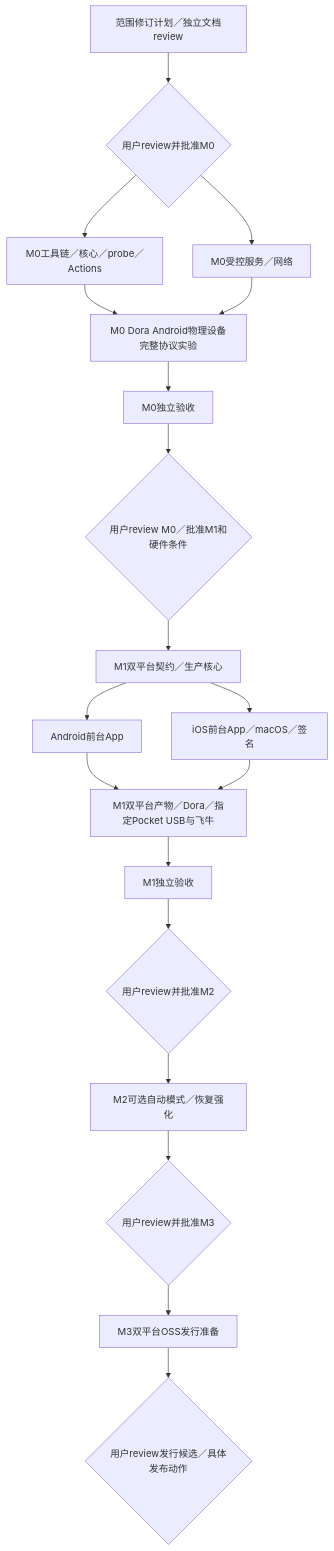
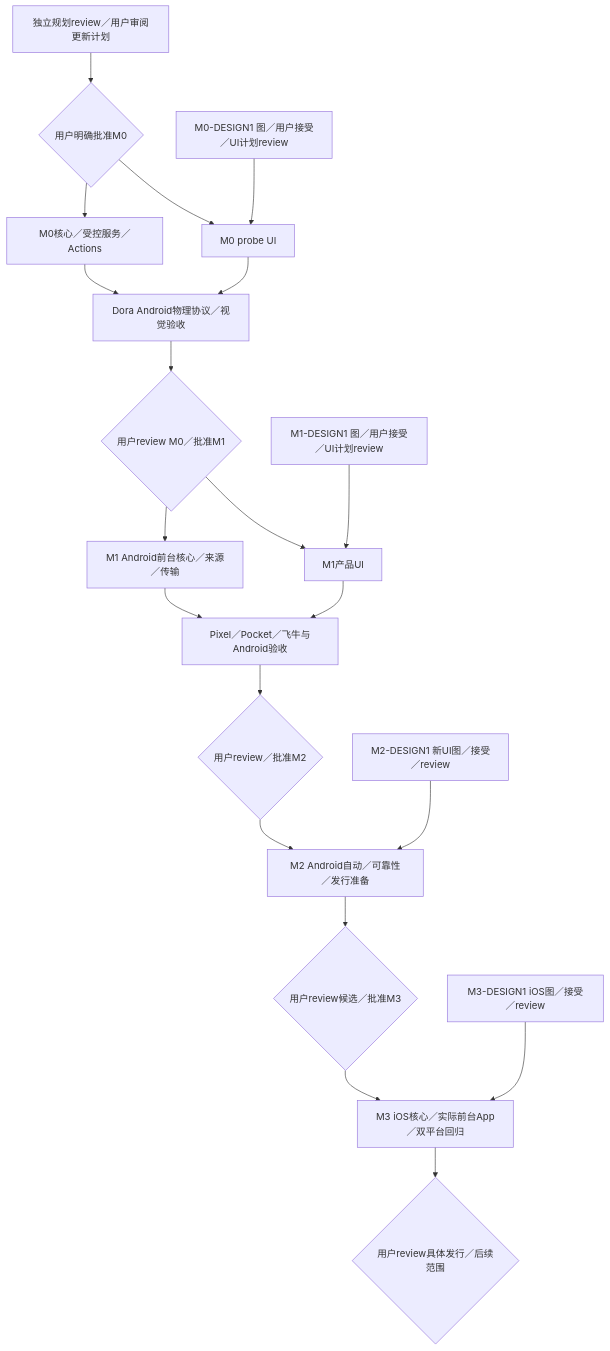
The diagram in docs/implementation-plan.md (GhostFlying/ferry), drawn with Mermaid before and after one commit. The commit also changed other lines of this file and 15 other files, not shown here.

````diff
--- a/docs/implementation-plan.md
+++ b/docs/implementation-plan.md
@@ -16,21 +28,22 @@
 ```mermaid
 flowchart TD
-    R[范围修订计划／独立文档review] --> U0{用户review并批准M0}
-    U0 --> A[M0工具链／核心／probe／Actions]
-    U0 --> C[M0受控服务／网络]
-    A --> D[M0 Dora Android物理设备完整协议实验]
-    C --> D
-    D --> R0[M0独立验收]
-    R0 --> U1{用户review M0／批准M1和硬件条件}
-    U1 --> P[M1双平台契约／生产核心]
-    P --> Android[Android前台App]
-    P --> IOS[iOS前台App／macOS／签名]
-    Android --> V[M1双平台产物／Dora／指定Pocket USB与飞牛]
-    IOS --> V
-    V --> R1[M1独立验收]
-    R1 --> U2{用户review并批准M2}
-    U2 --> M2[M2可选自动模式／恢复强化]
-    M2 --> U3{用户review并批准M3}
-    U3 --> M3[M3双平台OSS发行准备]
-    M3 --> U4{用户review发行候选／具体发布动作}
+    R[独立规划review／用户审阅更新计划] --> U0{用户明确批准M0}
+    D0[M0-DESIGN1 图／用户接受／UI计划review] --> M0UI[M0 probe UI]
+    U0 --> M0[M0核心／受控服务／Actions]
+    U0 --> M0UI
+    M0 --> V0[Dora Android物理协议／视觉验收]
+    M0UI --> V0
+    V0 --> U1{用户review M0／批准M1}
+    U1 --> M1[M1 Android前台核心／来源／传输]
+    D1[M1-DESIGN1 图／用户接受／UI计划review] --> M1UI[M1产品UI]
+    U1 --> M1UI
+    M1 --> V1[Pixel／Pocket／飞牛与Android验收]
+    M1UI --> V1
+    V1 --> U2{用户review／批准M2}
+    U2 --> M2[M2 Android自动／可靠性／发行准备]
+    D2[M2-DESIGN1 新UI图／接受／review] --> M2
+    M2 --> U3{用户review候选／批准M3}
+    U3 --> M3[M3 iOS核心／实际前台App／双平台回归]
+    D3[M3-DESIGN1 iOS图／接受／review] --> M3
+    M3 --> U4{用户review具体发行／后续范围}
 ```
````
